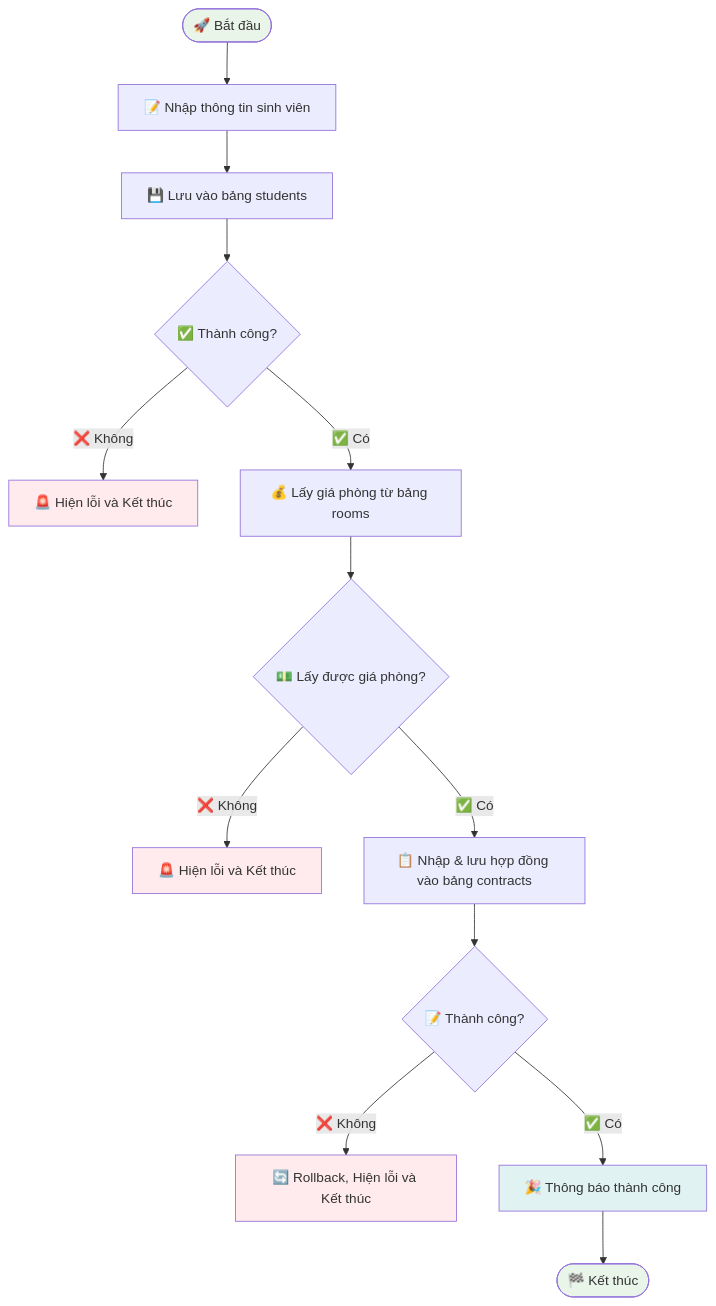
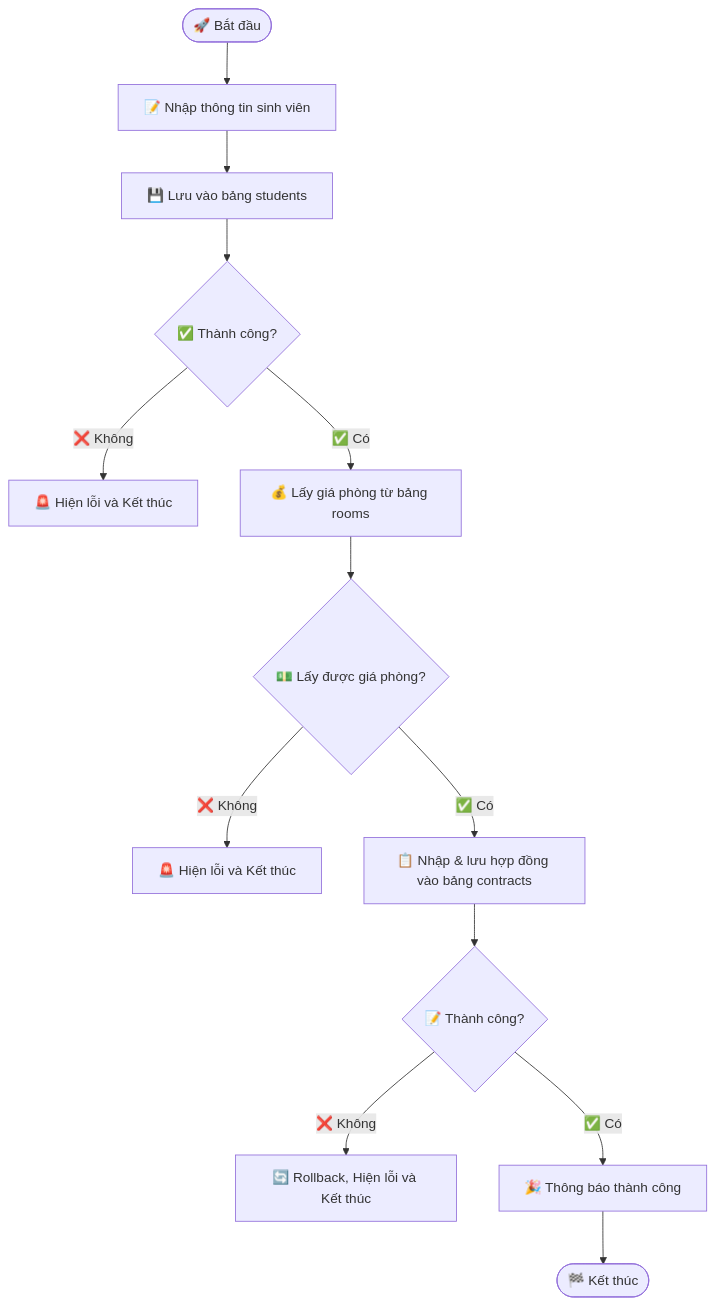
One commit to ThanhhDuongg/SAD_N02_Term1_2025_K17_Group3 changed the second of 2 diagrams in README.md. Above: the diagram before and after it, drawn with Mermaid.

````diff
--- a/README.md
+++ b/README.md
@@ -456,31 +456,25 @@
 ```mermaid
 flowchart TD
     A([🚀 Bắt đầu])
     B[📝 Nhập thông tin sinh viên]
     C[💾 Lưu vào bảng students]
     D{✅ Thành công?}
     E[🚨 Hiện lỗi và Kết thúc]
     F[💰 Lấy giá phòng từ bảng rooms]
     G{💵 Lấy được giá phòng?}
     H[🚨 Hiện lỗi và Kết thúc]
     I[📋 Nhập & lưu hợp đồng vào bảng contracts]
     J{📝 Thành công?}
     K[🔄 Rollback, Hiện lỗi và Kết thúc]
     L[🎉 Thông báo thành công]
     M([🏁 Kết thúc])
 
     A --> B --> C --> D
     D -- "❌ Không" --> E
     D -- "✅ Có" --> F --> G
     G -- "❌ Không" --> H
     G -- "✅ Có" --> I --> J
     J -- "❌ Không" --> K
     J -- "✅ Có" --> L --> M
     
-    style A fill:#e8f5e8
-    style M fill:#e8f5e8
-    style E fill:#ffebee
-    style H fill:#ffebee
-    style K fill:#ffebee
-    style L fill:#e0f2f1
 ```
````
